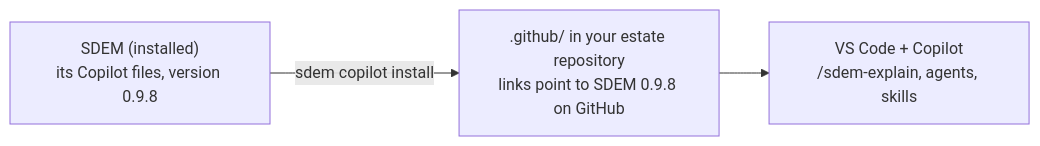
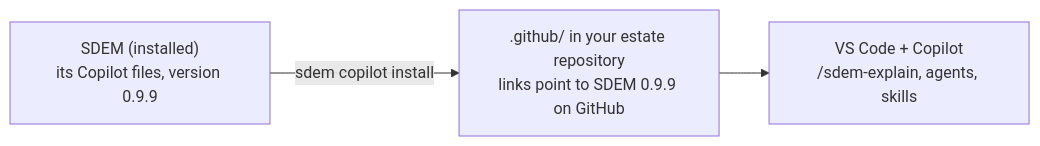
Before and after one commit to taumoeps/bian-sdem-framework: the diagram in docs/design/sdem-copilot-install-design.md, drawn with Mermaid. The commit also changed 26 other files, not shown here.

````diff
--- a/docs/design/sdem-copilot-install-design.md
+++ b/docs/design/sdem-copilot-install-design.md
@@ -18,5 +18,5 @@
 ```mermaid
 flowchart LR
-    S["SDEM (installed)<br/>its Copilot files, version 0.9.8"] -- "sdem copilot install" --> E[".github/ in your estate repository<br/>links point to SDEM 0.9.8 on GitHub"]
+    S["SDEM (installed)<br/>its Copilot files, version 0.9.9"] -- "sdem copilot install" --> E[".github/ in your estate repository<br/>links point to SDEM 0.9.9 on GitHub"]
     E --> V["VS Code + Copilot<br/>/sdem-explain, agents, skills"]
 ```
````
